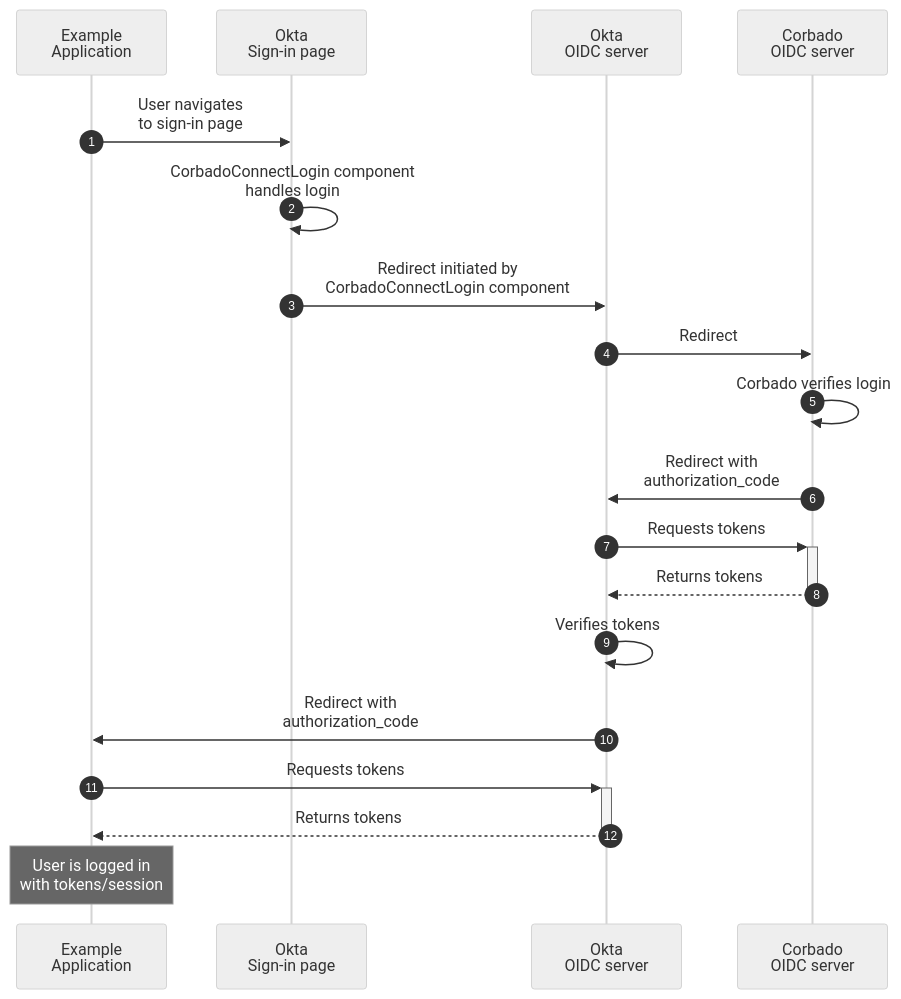
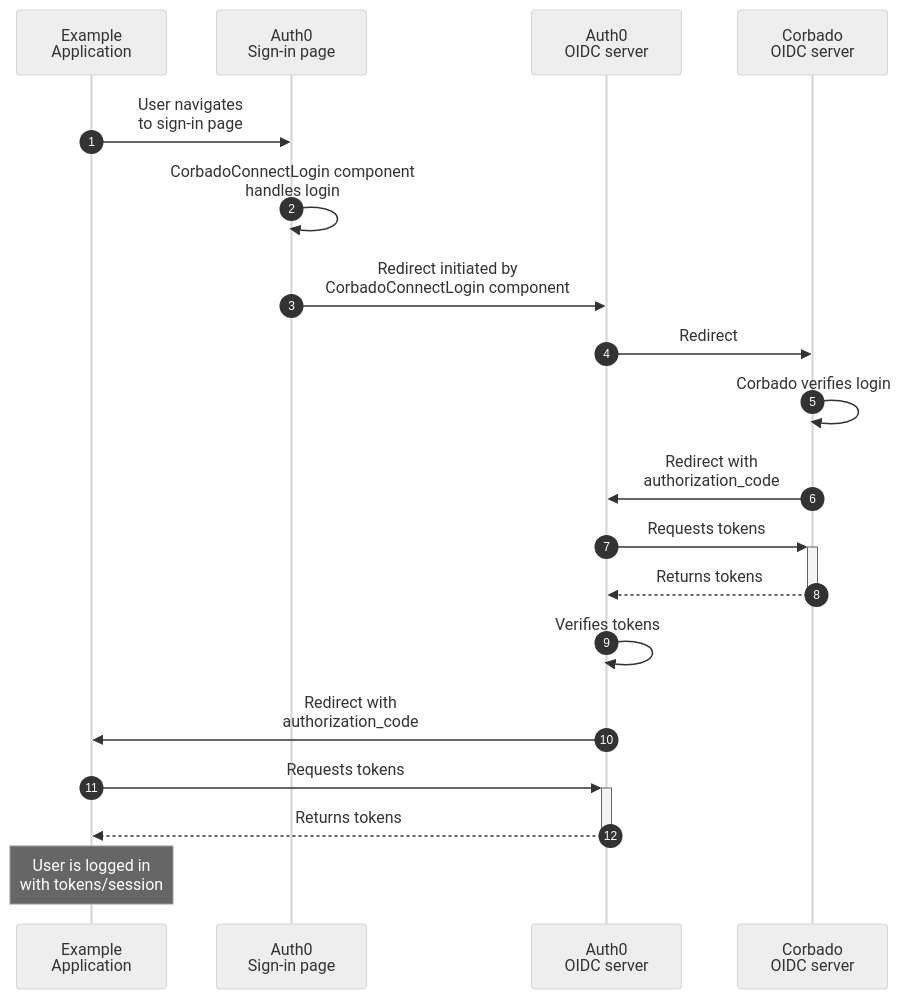
Before and after one commit to corbadotech/docs: the diagram in corbado-connect/integration/auth0.mdx, drawn with Mermaid (neutral theme). The commit also changed other lines of this file and 2 other files, not shown here.

````diff
--- a/corbado-connect/integration/auth0.mdx
+++ b/corbado-connect/integration/auth0.mdx
@@ -304,22 +311,22 @@
 ```mermaid
 sequenceDiagram
     autonumber
     participant ExampleApplication as Example<br />Application
-    participant OktaSignIn as Okta<br />Sign-in page
-    participant OktaOIDC as Okta<br />OIDC server
+    participant Auth0SignIn as Auth0<br />Sign-in page
+    participant Auth0OIDC as Auth0<br />OIDC server
     participant CorbadoOIDC as Corbado<br />OIDC server
 
-    ExampleApplication->>OktaSignIn: User navigates<br />to sign-in page
-    OktaSignIn->>OktaSignIn: CorbadoConnectLogin component<br />handles login
-    OktaSignIn->>OktaOIDC: Redirect initiated by<br />CorbadoConnectLogin component
-    OktaOIDC->>CorbadoOIDC: Redirect
+    ExampleApplication->>Auth0SignIn: User navigates<br />to sign-in page
+    Auth0SignIn->>Auth0SignIn: CorbadoConnectLogin component<br />handles login
+    Auth0SignIn->>Auth0OIDC: Redirect initiated by<br />CorbadoConnectLogin component
+    Auth0OIDC->>CorbadoOIDC: Redirect
     CorbadoOIDC->>CorbadoOIDC: Corbado verifies login
-    CorbadoOIDC->>OktaOIDC: Redirect with<br />authorization_code
-    OktaOIDC->>+CorbadoOIDC: Requests tokens
-    CorbadoOIDC-->>-OktaOIDC: Returns tokens
-    OktaOIDC->>OktaOIDC: Verifies tokens
-    OktaOIDC->>ExampleApplication: Redirect with<br />authorization_code
-    ExampleApplication->>+OktaOIDC: Requests tokens
-    OktaOIDC-->>-ExampleApplication: Returns tokens
+    CorbadoOIDC->>Auth0OIDC: Redirect with<br />authorization_code
+    Auth0OIDC->>+CorbadoOIDC: Requests tokens
+    CorbadoOIDC-->>-Auth0OIDC: Returns tokens
+    Auth0OIDC->>Auth0OIDC: Verifies tokens
+    Auth0OIDC->>ExampleApplication: Redirect with<br />authorization_code
+    ExampleApplication->>+Auth0OIDC: Requests tokens
+    Auth0OIDC-->>-ExampleApplication: Returns tokens
     Note over ExampleApplication: User is logged in<br />with tokens/session
 ```
````
